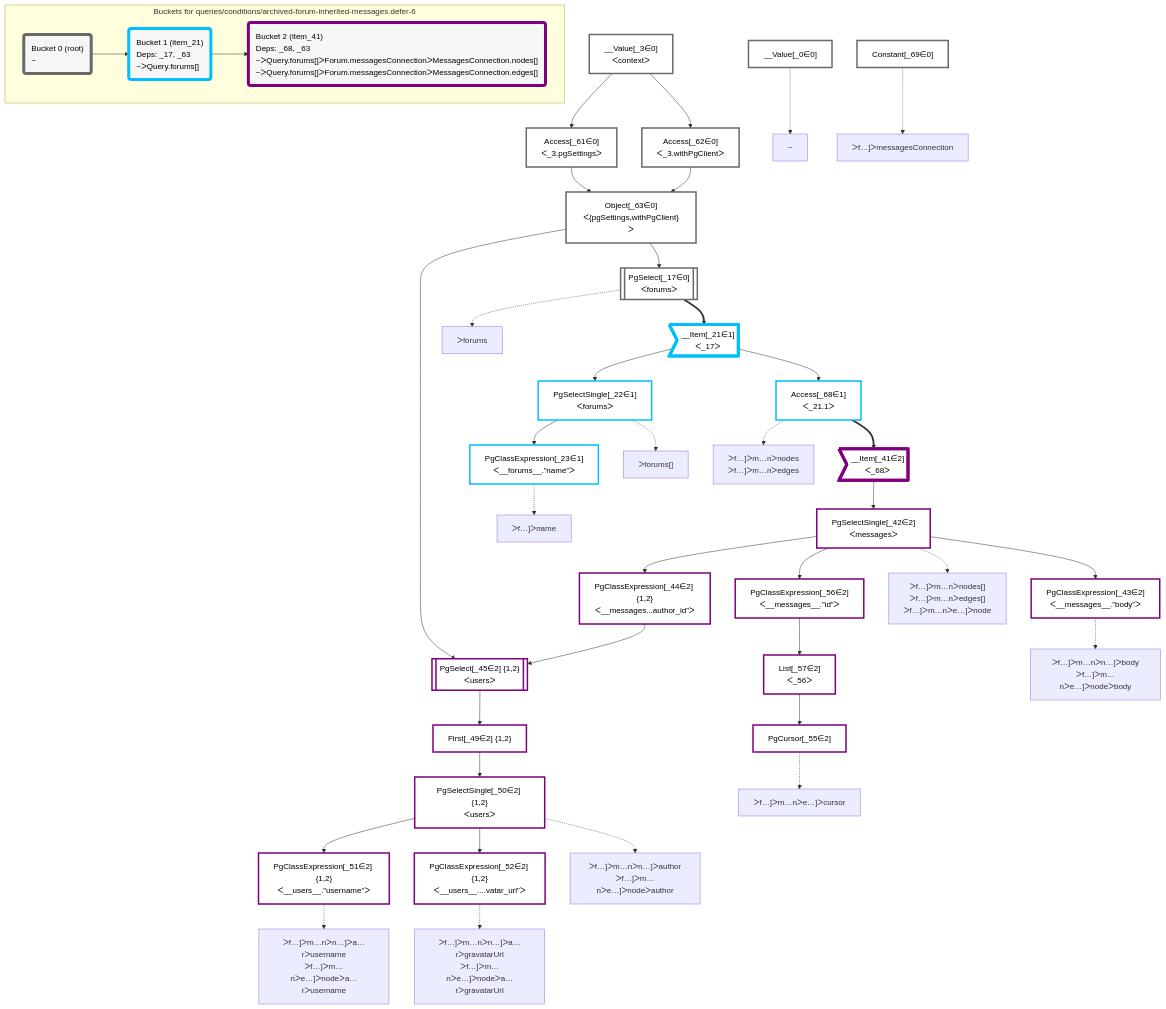
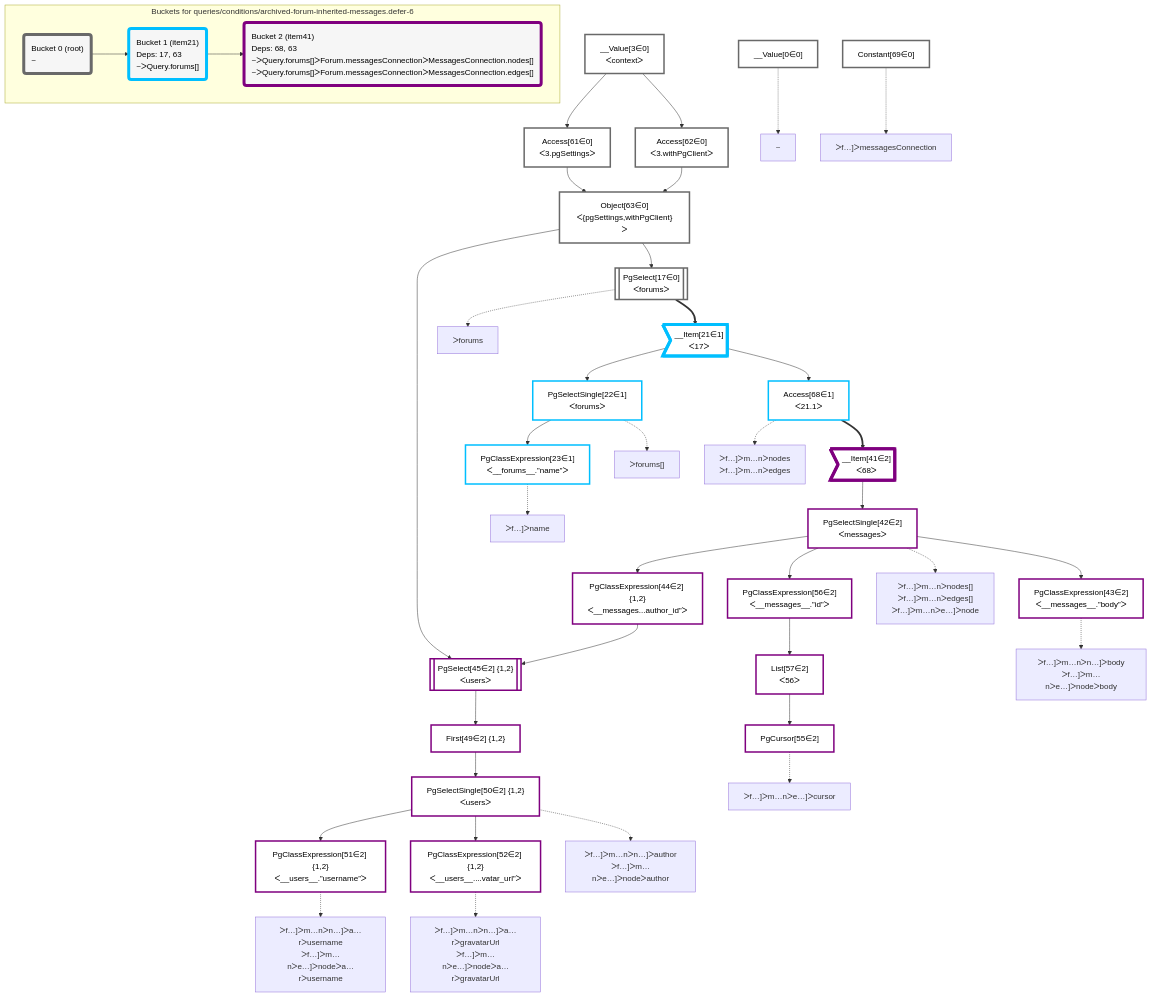
The diagram in packages/dataplan-pg/__tests__/queries/conditions/archived-forum-inherited-messages.defer-6.mermaid.md (graphile/crystal), drawn with Mermaid before and after one commit. The commit also changed 195 other files, not shown here.

```diff
--- a/packages/dataplan-pg/__tests__/queries/conditions/archived-forum-inherited-messages.defer-6.mermaid.md
+++ b/packages/dataplan-pg/__tests__/queries/conditions/archived-forum-inherited-messages.defer-6.mermaid.md
@@ -8,88 +8,88 @@
 
 
     %% define plans
-    __Value_0["__Value[_0∈0]"]:::plan
-    PgClassExpression_23["PgClassExpression[_23∈1]<br />ᐸ__forums__.”name”ᐳ"]:::plan
-    PgSelectSingle_22["PgSelectSingle[_22∈1]<br />ᐸforumsᐳ"]:::plan
-    PgClassExpression_43["PgClassExpression[_43∈2]<br />ᐸ__messages__.”body”ᐳ"]:::plan
-    PgClassExpression_51["PgClassExpression[_51∈2] {1,2}<br />ᐸ__users__.”username”ᐳ"]:::plan
-    PgClassExpression_52["PgClassExpression[_52∈2] {1,2}<br />ᐸ__users__....vatar_url”ᐳ"]:::plan
-    PgSelectSingle_50["PgSelectSingle[_50∈2] {1,2}<br />ᐸusersᐳ"]:::plan
-    First_49["First[_49∈2] {1,2}"]:::plan
-    PgSelect_45[["PgSelect[_45∈2] {1,2}<br />ᐸusersᐳ"]]:::plan
-    PgClassExpression_44["PgClassExpression[_44∈2] {1,2}<br />ᐸ__messages...author_id”ᐳ"]:::plan
-    PgCursor_55["PgCursor[_55∈2]"]:::plan
-    List_57["List[_57∈2]<br />ᐸ_56ᐳ"]:::plan
-    PgClassExpression_56["PgClassExpression[_56∈2]<br />ᐸ__messages__.”id”ᐳ"]:::plan
-    PgSelectSingle_42["PgSelectSingle[_42∈2]<br />ᐸmessagesᐳ"]:::plan
-    __Item_41>"__Item[_41∈2]<br />ᐸ_68ᐳ"]:::itemplan
-    Access_68["Access[_68∈1]<br />ᐸ_21.1ᐳ"]:::plan
-    __Item_21>"__Item[_21∈1]<br />ᐸ_17ᐳ"]:::itemplan
-    PgSelect_17[["PgSelect[_17∈0]<br />ᐸforumsᐳ"]]:::plan
-    Object_63["Object[_63∈0]<br />ᐸ{pgSettings,withPgClient}ᐳ"]:::plan
-    Access_61["Access[_61∈0]<br />ᐸ_3.pgSettingsᐳ"]:::plan
-    Access_62["Access[_62∈0]<br />ᐸ_3.withPgClientᐳ"]:::plan
-    __Value_3["__Value[_3∈0]<br />ᐸcontextᐳ"]:::plan
-    Constant_69["Constant[_69∈0]"]:::plan
+    __Value0["__Value[0∈0]"]:::plan
+    PgClassExpression23["PgClassExpression[23∈1]<br />ᐸ__forums__.”name”ᐳ"]:::plan
+    PgSelectSingle22["PgSelectSingle[22∈1]<br />ᐸforumsᐳ"]:::plan
+    PgClassExpression43["PgClassExpression[43∈2]<br />ᐸ__messages__.”body”ᐳ"]:::plan
+    PgClassExpression51["PgClassExpression[51∈2] {1,2}<br />ᐸ__users__.”username”ᐳ"]:::plan
+    PgClassExpression52["PgClassExpression[52∈2] {1,2}<br />ᐸ__users__....vatar_url”ᐳ"]:::plan
+    PgSelectSingle50["PgSelectSingle[50∈2] {1,2}<br />ᐸusersᐳ"]:::plan
+    First49["First[49∈2] {1,2}"]:::plan
+    PgSelect45[["PgSelect[45∈2] {1,2}<br />ᐸusersᐳ"]]:::plan
+    PgClassExpression44["PgClassExpression[44∈2] {1,2}<br />ᐸ__messages...author_id”ᐳ"]:::plan
+    PgCursor55["PgCursor[55∈2]"]:::plan
+    List57["List[57∈2]<br />ᐸ56ᐳ"]:::plan
+    PgClassExpression56["PgClassExpression[56∈2]<br />ᐸ__messages__.”id”ᐳ"]:::plan
+    PgSelectSingle42["PgSelectSingle[42∈2]<br />ᐸmessagesᐳ"]:::plan
+    __Item41>"__Item[41∈2]<br />ᐸ68ᐳ"]:::itemplan
+    Access68["Access[68∈1]<br />ᐸ21.1ᐳ"]:::plan
+    __Item21>"__Item[21∈1]<br />ᐸ17ᐳ"]:::itemplan
+    PgSelect17[["PgSelect[17∈0]<br />ᐸforumsᐳ"]]:::plan
+    Object63["Object[63∈0]<br />ᐸ{pgSettings,withPgClient}ᐳ"]:::plan
+    Access61["Access[61∈0]<br />ᐸ3.pgSettingsᐳ"]:::plan
+    Access62["Access[62∈0]<br />ᐸ3.withPgClientᐳ"]:::plan
+    __Value3["__Value[3∈0]<br />ᐸcontextᐳ"]:::plan
+    Constant69["Constant[69∈0]"]:::plan
 
     %% plan dependencies
-    PgSelectSingle_22 --> PgClassExpression_23
-    __Item_21 --> PgSelectSingle_22
-    PgSelectSingle_42 --> PgClassExpression_43
-    PgSelectSingle_50 --> PgClassExpression_51
-    PgSelectSingle_50 --> PgClassExpression_52
-    First_49 --> PgSelectSingle_50
-    PgSelect_45 --> First_49
-    Object_63 & PgClassExpression_44 --> PgSelect_45
-    PgSelectSingle_42 --> PgClassExpression_44
-    List_57 --> PgCursor_55
-    PgClassExpression_56 --> List_57
-    PgSelectSingle_42 --> PgClassExpression_56
-    __Item_41 --> PgSelectSingle_42
-    Access_68 ==> __Item_41
-    __Item_21 --> Access_68
-    PgSelect_17 ==> __Item_21
-    Object_63 --> PgSelect_17
-    Access_61 & Access_62 --> Object_63
-    __Value_3 --> Access_61
-    __Value_3 --> Access_62
+    PgSelectSingle22 --> PgClassExpression23
+    __Item21 --> PgSelectSingle22
+    PgSelectSingle42 --> PgClassExpression43
+    PgSelectSingle50 --> PgClassExpression51
+    PgSelectSingle50 --> PgClassExpression52
+    First49 --> PgSelectSingle50
+    PgSelect45 --> First49
+    Object63 & PgClassExpression44 --> PgSelect45
+    PgSelectSingle42 --> PgClassExpression44
+    List57 --> PgCursor55
+    PgClassExpression56 --> List57
+    PgSelectSingle42 --> PgClassExpression56
+    __Item41 --> PgSelectSingle42
+    Access68 ==> __Item41
+    __Item21 --> Access68
+    PgSelect17 ==> __Item21
+    Object63 --> PgSelect17
+    Access61 & Access62 --> Object63
+    __Value3 --> Access61
+    __Value3 --> Access62
 
     %% plan-to-path relationships
-    P_0["~"]
-    __Value_0 -.-> P_0
-    P_17["ᐳforums"]
-    PgSelect_17 -.-> P_17
-    P_22["ᐳforums[]"]
-    PgSelectSingle_22 -.-> P_22
-    P_23["ᐳf…]ᐳname"]
-    PgClassExpression_23 -.-> P_23
-    P_42["ᐳf…]ᐳm…nᐳnodes[]<br />ᐳf…]ᐳm…nᐳedges[]<br />ᐳf…]ᐳm…nᐳe…]ᐳnode"]
-    PgSelectSingle_42 -.-> P_42
-    P_43["ᐳf…]ᐳm…nᐳn…]ᐳbody<br />ᐳf…]ᐳm…nᐳe…]ᐳnodeᐳbody"]
-    PgClassExpression_43 -.-> P_43
-    P_50["ᐳf…]ᐳm…nᐳn…]ᐳauthor<br />ᐳf…]ᐳm…nᐳe…]ᐳnodeᐳauthor"]
-    PgSelectSingle_50 -.-> P_50
-    P_51["ᐳf…]ᐳm…nᐳn…]ᐳa…rᐳusername<br />ᐳf…]ᐳm…nᐳe…]ᐳnodeᐳa…rᐳusername"]
-    PgClassExpression_51 -.-> P_51
-    P_52["ᐳf…]ᐳm…nᐳn…]ᐳa…rᐳgravatarUrl<br />ᐳf…]ᐳm…nᐳe…]ᐳnodeᐳa…rᐳgravatarUrl"]
-    PgClassExpression_52 -.-> P_52
-    P_55["ᐳf…]ᐳm…nᐳe…]ᐳcursor"]
-    PgCursor_55 -.-> P_55
-    P_68["ᐳf…]ᐳm…nᐳnodes<br />ᐳf…]ᐳm…nᐳedges"]
-    Access_68 -.-> P_68
-    P_69["ᐳf…]ᐳmessagesConnection"]
-    Constant_69 -.-> P_69
+    P0["~"]
+    __Value0 -.-> P0
+    P17["ᐳforums"]
+    PgSelect17 -.-> P17
+    P22["ᐳforums[]"]
+    PgSelectSingle22 -.-> P22
+    P23["ᐳf…]ᐳname"]
+    PgClassExpression23 -.-> P23
+    P42["ᐳf…]ᐳm…nᐳnodes[]<br />ᐳf…]ᐳm…nᐳedges[]<br />ᐳf…]ᐳm…nᐳe…]ᐳnode"]
+    PgSelectSingle42 -.-> P42
+    P43["ᐳf…]ᐳm…nᐳn…]ᐳbody<br />ᐳf…]ᐳm…nᐳe…]ᐳnodeᐳbody"]
+    PgClassExpression43 -.-> P43
+    P50["ᐳf…]ᐳm…nᐳn…]ᐳauthor<br />ᐳf…]ᐳm…nᐳe…]ᐳnodeᐳauthor"]
+    PgSelectSingle50 -.-> P50
+    P51["ᐳf…]ᐳm…nᐳn…]ᐳa…rᐳusername<br />ᐳf…]ᐳm…nᐳe…]ᐳnodeᐳa…rᐳusername"]
+    PgClassExpression51 -.-> P51
+    P52["ᐳf…]ᐳm…nᐳn…]ᐳa…rᐳgravatarUrl<br />ᐳf…]ᐳm…nᐳe…]ᐳnodeᐳa…rᐳgravatarUrl"]
+    PgClassExpression52 -.-> P52
+    P55["ᐳf…]ᐳm…nᐳe…]ᐳcursor"]
+    PgCursor55 -.-> P55
+    P68["ᐳf…]ᐳm…nᐳnodes<br />ᐳf…]ᐳm…nᐳedges"]
+    Access68 -.-> P68
+    P69["ᐳf…]ᐳmessagesConnection"]
+    Constant69 -.-> P69
 
     subgraph "Buckets for queries/conditions/archived-forum-inherited-messages.defer-6"
     Bucket0("Bucket 0 (root)<br />~"):::bucket
     classDef bucket0 stroke:#696969
-    class Bucket0,__Value_0,__Value_3,PgSelect_17,Access_61,Access_62,Object_63,Constant_69 bucket0
-    Bucket1("Bucket 1 (item_21)<br />Deps: _17, _63<br />~ᐳQuery.forums[]"):::bucket
+    class Bucket0,__Value0,__Value3,PgSelect17,Access61,Access62,Object63,Constant69 bucket0
+    Bucket1("Bucket 1 (item21)<br />Deps: 17, 63<br />~ᐳQuery.forums[]"):::bucket
     classDef bucket1 stroke:#00bfff
-    class Bucket1,__Item_21,PgSelectSingle_22,PgClassExpression_23,Access_68 bucket1
-    Bucket2("Bucket 2 (item_41)<br />Deps: _68, _63<br />~ᐳQuery.forums[]ᐳForum.messagesConnectionᐳMessagesConnection.nodes[]<br />~ᐳQuery.forums[]ᐳForum.messagesConnectionᐳMessagesConnection.edges[]"):::bucket
+    class Bucket1,__Item21,PgSelectSingle22,PgClassExpression23,Access68 bucket1
+    Bucket2("Bucket 2 (item41)<br />Deps: 68, 63<br />~ᐳQuery.forums[]ᐳForum.messagesConnectionᐳMessagesConnection.nodes[]<br />~ᐳQuery.forums[]ᐳForum.messagesConnectionᐳMessagesConnection.edges[]"):::bucket
     classDef bucket2 stroke:#7f007f
-    class Bucket2,__Item_41,PgSelectSingle_42,PgClassExpression_43,PgClassExpression_44,PgSelect_45,First_49,PgSelectSingle_50,PgClassExpression_51,PgClassExpression_52,PgCursor_55,PgClassExpression_56,List_57 bucket2
+    class Bucket2,__Item41,PgSelectSingle42,PgClassExpression43,PgClassExpression44,PgSelect45,First49,PgSelectSingle50,PgClassExpression51,PgClassExpression52,PgCursor55,PgClassExpression56,List57 bucket2
     Bucket0 --> Bucket1
     Bucket1 --> Bucket2
     end
```
